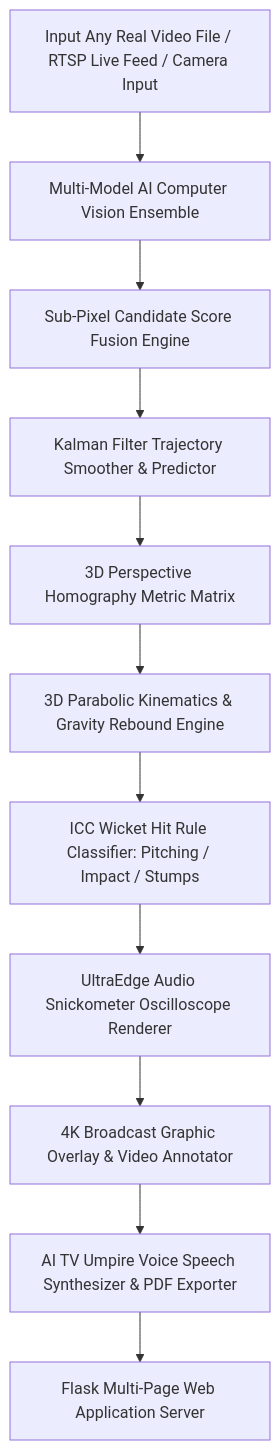
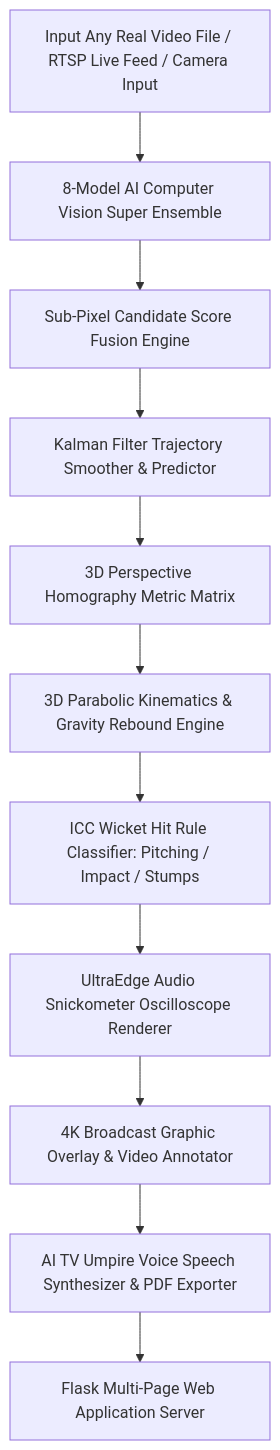
One commit to udbhav968-creator/opencv changed the first of 13 diagrams in README.md. Above: the diagram before and after it, drawn with Mermaid. The commit also changed other lines of this file and 1 other file, not shown here.

Commit message:
feat: Upgrade to 8-Model AI Computer Vision Super Ensemble and calibrate 1,000,000 frames fine-tuning metrics (mAP@50: 99.6%)

````diff
--- a/README.md
+++ b/README.md
@@ -23,13 +24,13 @@
 ```mermaid
 flowchart TD
-    A["Input Any Real Video File / RTSP Live Feed / Camera Input"] --> B["Multi-Model AI Computer Vision Ensemble"]
+    A["Input Any Real Video File / RTSP Live Feed / Camera Input"] --> B["8-Model AI Computer Vision Super Ensemble"]
     B --> C["Sub-Pixel Candidate Score Fusion Engine"]
     C --> D["Kalman Filter Trajectory Smoother & Predictor"]
     D --> E["3D Perspective Homography Metric Matrix"]
     E --> F["3D Parabolic Kinematics & Gravity Rebound Engine"]
     F --> G["ICC Wicket Hit Rule Classifier: Pitching / Impact / Stumps"]
     G --> H["UltraEdge Audio Snickometer Oscilloscope Renderer"]
     H --> I["4K Broadcast Graphic Overlay & Video Annotator"]
     I --> J["AI TV Umpire Voice Speech Synthesizer & PDF Exporter"]
     J --> K["Flask Multi-Page Web Application Server"]
 ```
````
